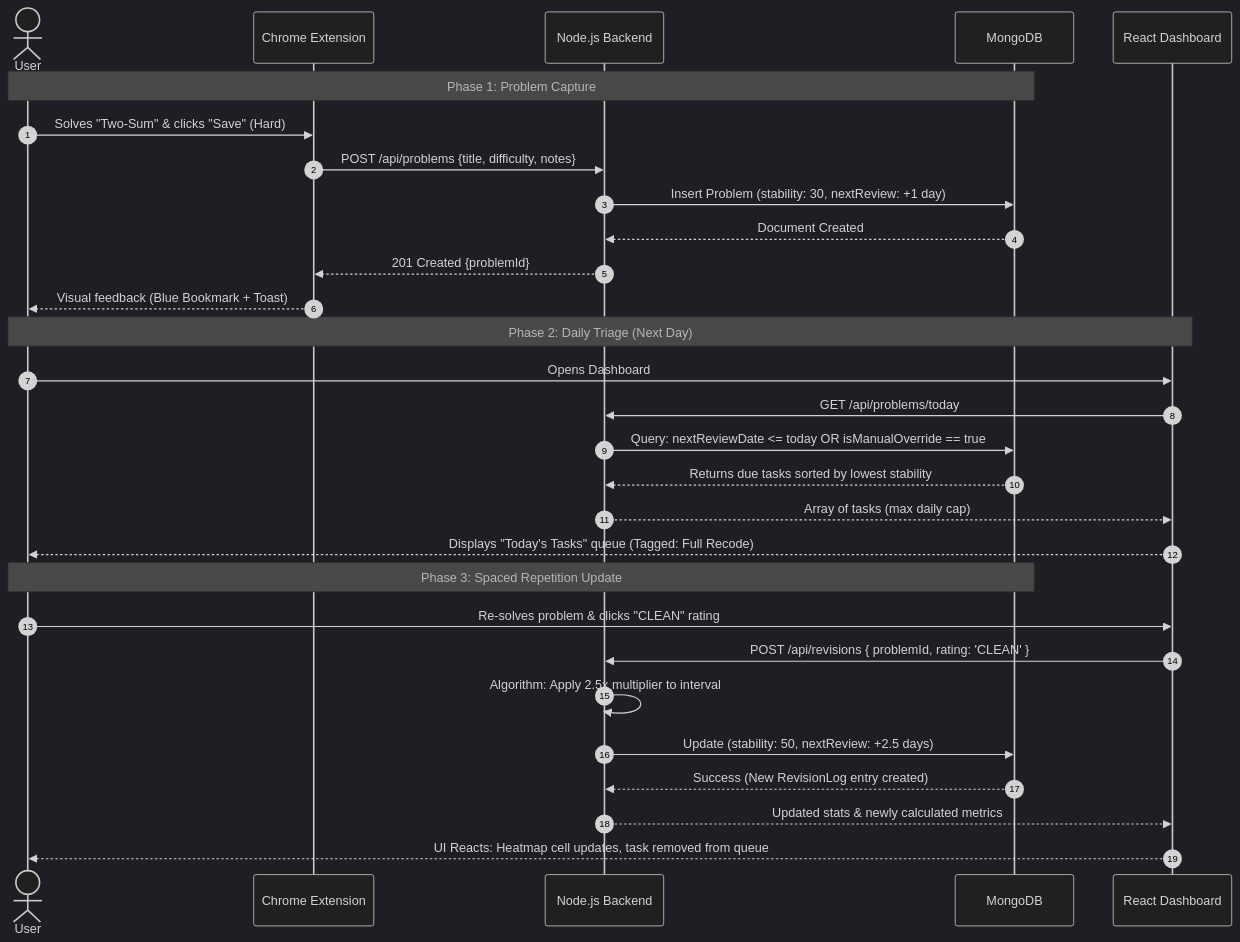
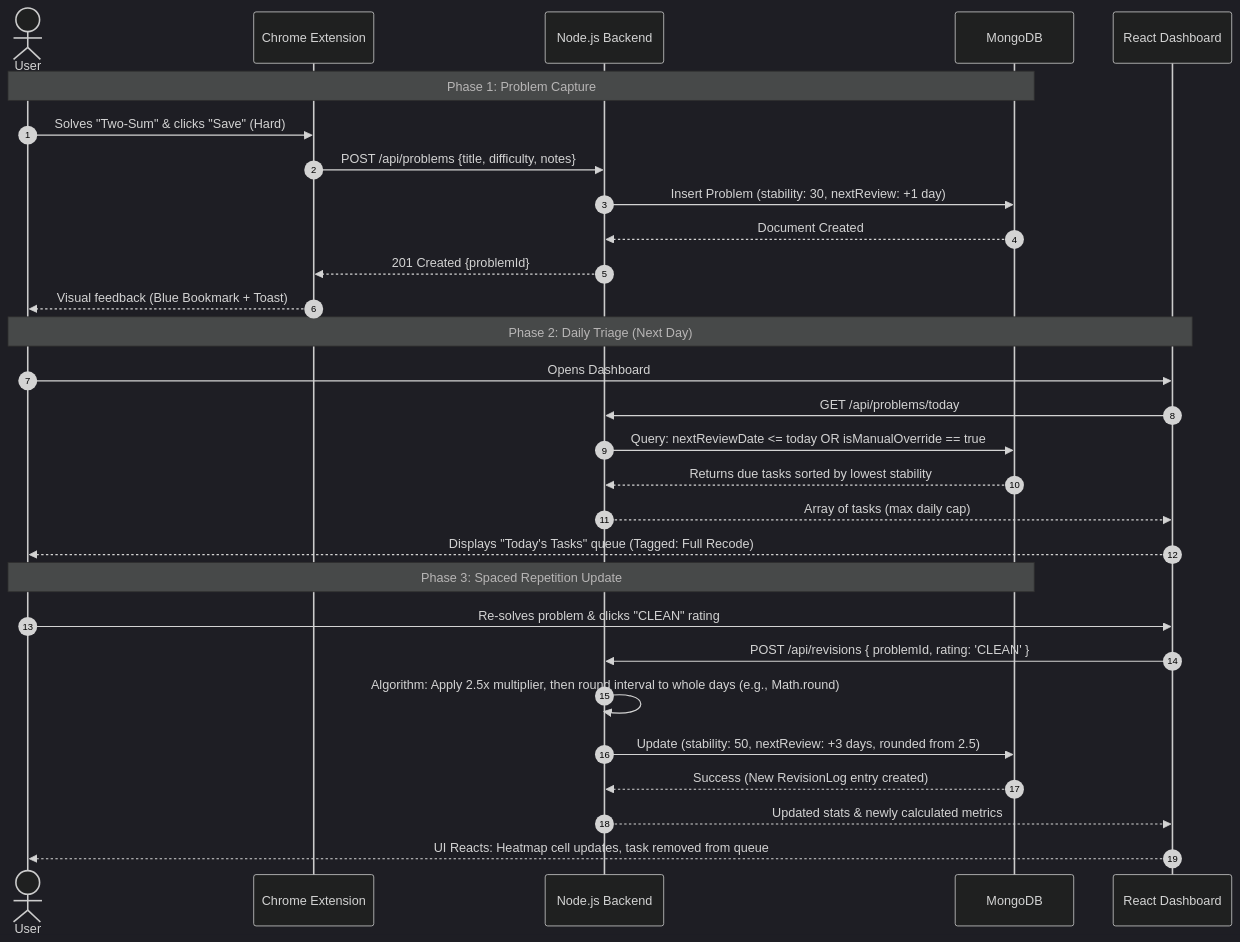
The second of 2 diagrams in .docs/SYSTEM_DESIGN.MD (saurabhkushwaha4201/DSAReps), drawn with Mermaid (dark theme) before and after one commit.

````diff
--- a/.docs/SYSTEM_DESIGN.MD
+++ b/.docs/SYSTEM_DESIGN.MD
@@ -162,34 +162,34 @@
 ```mermaid
 sequenceDiagram
     autonumber
     actor User
     participant Ext as Chrome Extension
     participant API as Node.js Backend
     participant DB as MongoDB
     participant Dash as React Dashboard
 
     Note over User, DB: Phase 1: Problem Capture
     User->>Ext: Solves "Two-Sum" & clicks "Save" (Hard)
     Ext->>API: POST /api/problems {title, difficulty, notes}
     API->>DB: Insert Problem (stability: 30, nextReview: +1 day)
     DB-->>API: Document Created
     API-->>Ext: 201 Created {problemId}
     Ext-->>User: Visual feedback (Blue Bookmark + Toast)
 
     Note over User, Dash: Phase 2: Daily Triage (Next Day)
     User->>Dash: Opens Dashboard
     Dash->>API: GET /api/problems/today
     API->>DB: Query: nextReviewDate <= today OR isManualOverride == true
     DB-->>API: Returns due tasks sorted by lowest stability
     API-->>Dash: Array of tasks (max daily cap)
     Dash-->>User: Displays "Today's Tasks" queue (Tagged: Full Recode)
 
     Note over User, DB: Phase 3: Spaced Repetition Update
     User->>Dash: Re-solves problem & clicks "CLEAN" rating
     Dash->>API: POST /api/revisions { problemId, rating: 'CLEAN' }
-    API->>API: Algorithm: Apply 2.5x multiplier to interval
-    API->>DB: Update (stability: 50, nextReview: +2.5 days)
+    API->>API: Algorithm: Apply 2.5x multiplier, then round interval to whole days (e.g., Math.round)
+    API->>DB: Update (stability: 50, nextReview: +3 days, rounded from 2.5)
     DB-->>API: Success (New RevisionLog entry created)
     API-->>Dash: Updated stats & newly calculated metrics
     Dash-->>User: UI Reacts: Heatmap cell updates, task removed from queue
 ```
````
